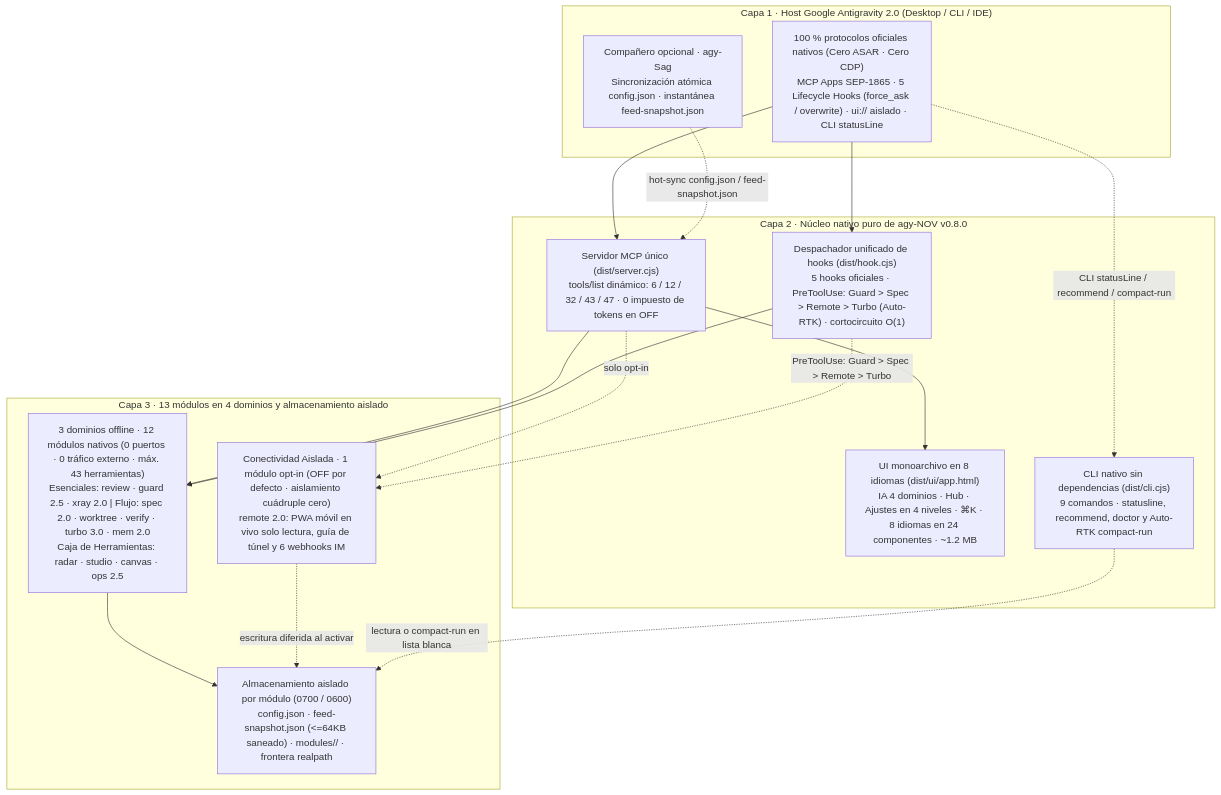
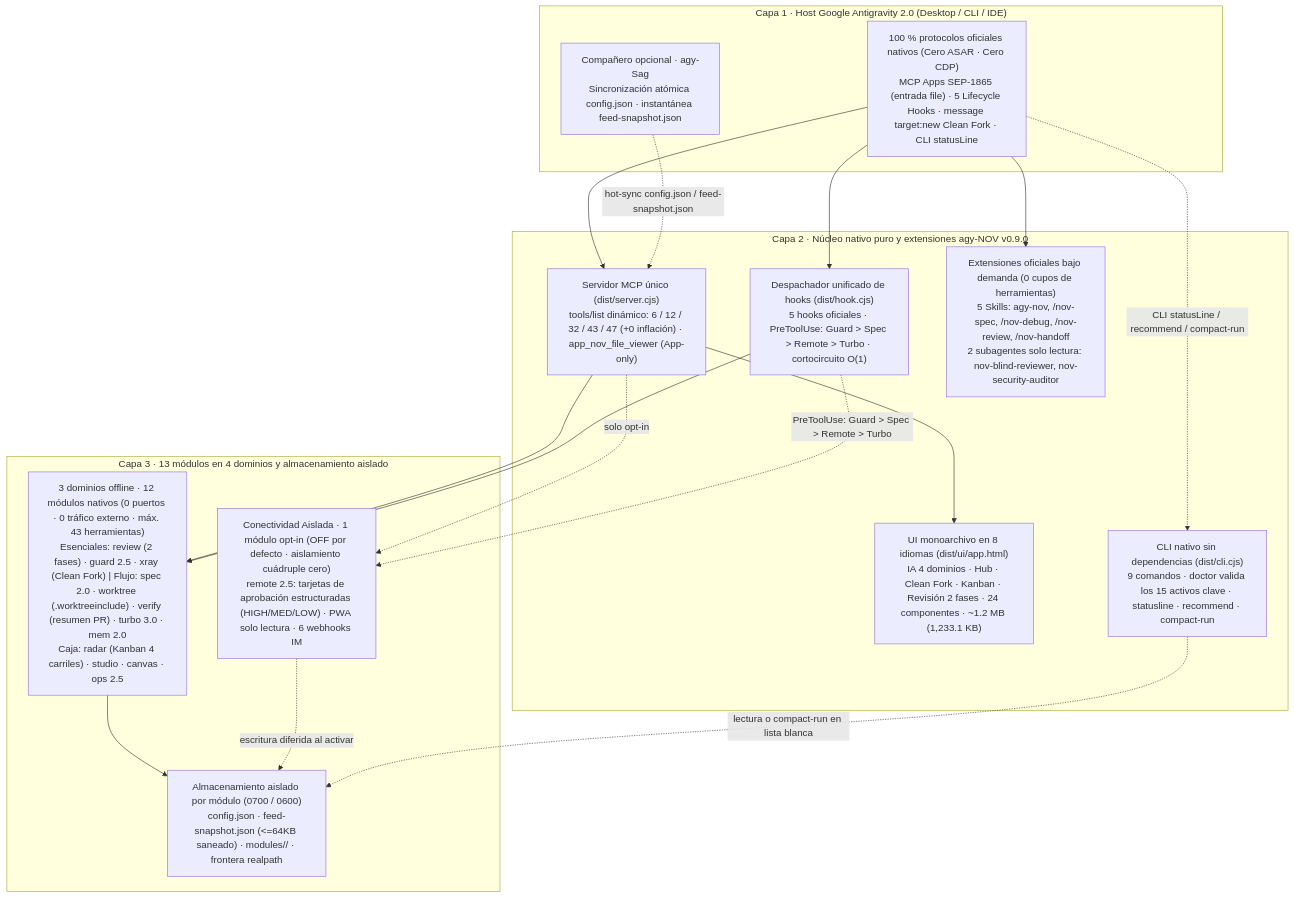
Before and after one commit to tone-leh/agy-NOV: the diagram in docs/i18n/README.es.md, drawn with Mermaid. The commit also changed other lines of this file and 72 other files, not shown here.

Commit message:
release: v0.9.0 — E2E pipeline chain, One-Click Clean Fork, 4 slash playbooks, 2 read-only subagents, native file viewer & Remote 2.5 risk cards

````diff
--- a/docs/i18n/README.es.md
+++ b/docs/i18n/README.es.md
@@ -217,33 +233,35 @@
 ```mermaid
 flowchart TB
   subgraph L1["Capa 1 · Host Google Antigravity 2.0 (Desktop / CLI / IDE)"]
-    Host["100 % protocolos oficiales nativos (Cero ASAR · Cero CDP)\nMCP Apps SEP-1865 · 5 Lifecycle Hooks (force_ask / overwrite) · ui:// aislado · CLI statusLine"]
+    Host["100 % protocolos oficiales nativos (Cero ASAR · Cero CDP)\nMCP Apps SEP-1865 (entrada file) · 5 Lifecycle Hooks · message target:new Clean Fork · CLI statusLine"]
     Sag["Compañero opcional · agy-Sag\nSincronización atómica config.json · instantánea feed-snapshot.json"]
   end
 
-  subgraph L2["Capa 2 · Núcleo nativo puro de agy-NOV v0.8.0"]
-    MCP["Servidor MCP único (dist/server.cjs)\ntools/list dinámico: 6 / 12 / 32 / 43 / 47 · 0 impuesto de tokens en OFF"]
-    Hook["Despachador unificado de hooks (dist/hook.cjs)\n5 hooks oficiales · PreToolUse: Guard > Spec > Remote > Turbo (Auto-RTK) · cortocircuito O(1)"]
-    UI["UI monoarchivo en 8 idiomas (dist/ui/app.html)\nIA 4 dominios · Hub · Ajustes en 4 niveles · ⌘K · 8 idiomas en 24 componentes · ~1.2 MB"]
-    CLI["CLI nativo sin dependencias (dist/cli.cjs)\n9 comandos · statusline, recommend, doctor y Auto-RTK compact-run"]
+  subgraph L2["Capa 2 · Núcleo nativo puro y extensiones agy-NOV v0.9.0"]
+    MCP["Servidor MCP único (dist/server.cjs)\ntools/list dinámico: 6 / 12 / 32 / 43 / 47 (+0 inflación) · app_nov_file_viewer (App-only)"]
+    Hook["Despachador unificado de hooks (dist/hook.cjs)\n5 hooks oficiales · PreToolUse: Guard > Spec > Remote > Turbo · cortocircuito O(1)"]
+    UI["UI monoarchivo en 8 idiomas (dist/ui/app.html)\nIA 4 dominios · Hub · Clean Fork · Kanban · Revisión 2 fases · 24 componentes · ~1.2 MB (1,233.1 KB)"]
+    Ext["Extensiones oficiales bajo demanda (0 cupos de herramientas)\n5 Skills: agy-nov, /nov-spec, /nov-debug, /nov-review, /nov-handoff\n2 subagentes solo lectura: nov-blind-reviewer, nov-security-auditor"]
+    CLI["CLI nativo sin dependencias (dist/cli.cjs)\n9 comandos · doctor valida los 15 activos clave · statusline · recommend · compact-run"]
   end
 
   subgraph L3["Capa 3 · 13 módulos en 4 dominios y almacenamiento aislado"]
-    T1["3 dominios offline · 12 módulos nativos (0 puertos · 0 tráfico externo · máx. 43 herramientas)\nEsenciales: review · guard 2.5 · xray 2.0 | Flujo: spec 2.0 · worktree · verify · turbo 3.0 · mem 2.0\nCaja de Herramientas: radar · studio · canvas · ops 2.5"]
-    T2R["Conectividad Aislada · 1 módulo opt-in (OFF por defecto · aislamiento cuádruple cero)\nremote 2.0: PWA móvil en vivo solo lectura, guía de túnel y 6 webhooks IM"]
+    T1["3 dominios offline · 12 módulos nativos (0 puertos · 0 tráfico externo · máx. 43 herramientas)\nEsenciales: review (2 fases) · guard 2.5 · xray (Clean Fork) | Flujo: spec 2.0 · worktree (.worktreeinclude) · verify (resumen PR) · turbo 3.0 · mem 2.0\nCaja: radar (Kanban 4 carriles) · studio · canvas · ops 2.5"]
+    T2R["Conectividad Aislada · 1 módulo opt-in (OFF por defecto · aislamiento cuádruple cero)\nremote 2.5: tarjetas de aprobación estructuradas (HIGH/MED/LOW) · PWA solo lectura · 6 webhooks IM"]
     Store["Almacenamiento aislado por módulo (0700 / 0600)\nconfig.json · feed-snapshot.json (<=64KB saneado) · modules/<id>/ · frontera realpath"]
   end
 
   Host --> MCP
   Host --> Hook
+  Host --> Ext
   Host -. "CLI statusLine / recommend / compact-run" .-> CLI
   Sag -. "hot-sync config.json / feed-snapshot.json" .-> MCP
   MCP --> UI
   MCP --> T1
   MCP -. "solo opt-in" .-> T2R
   Hook --> T1
   Hook -. "PreToolUse: Guard > Spec > Remote > Turbo" .-> T2R
   T1 --> Store
   T2R -. "escritura diferida al activar" .-> Store
   CLI -. "lectura o compact-run en lista blanca" .-> Store
 ```
````
